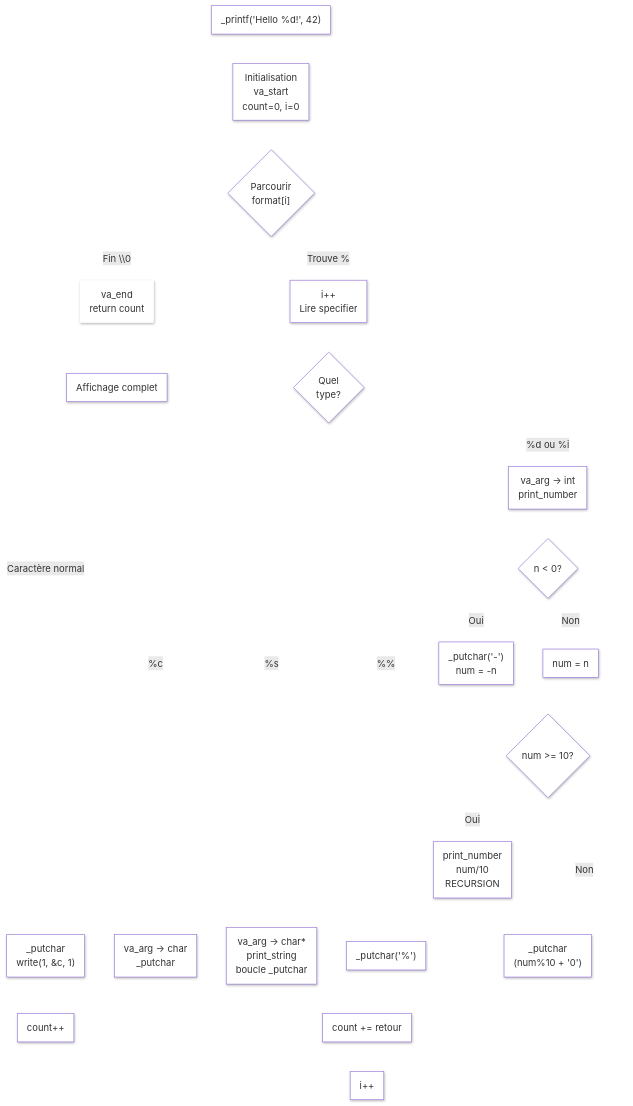
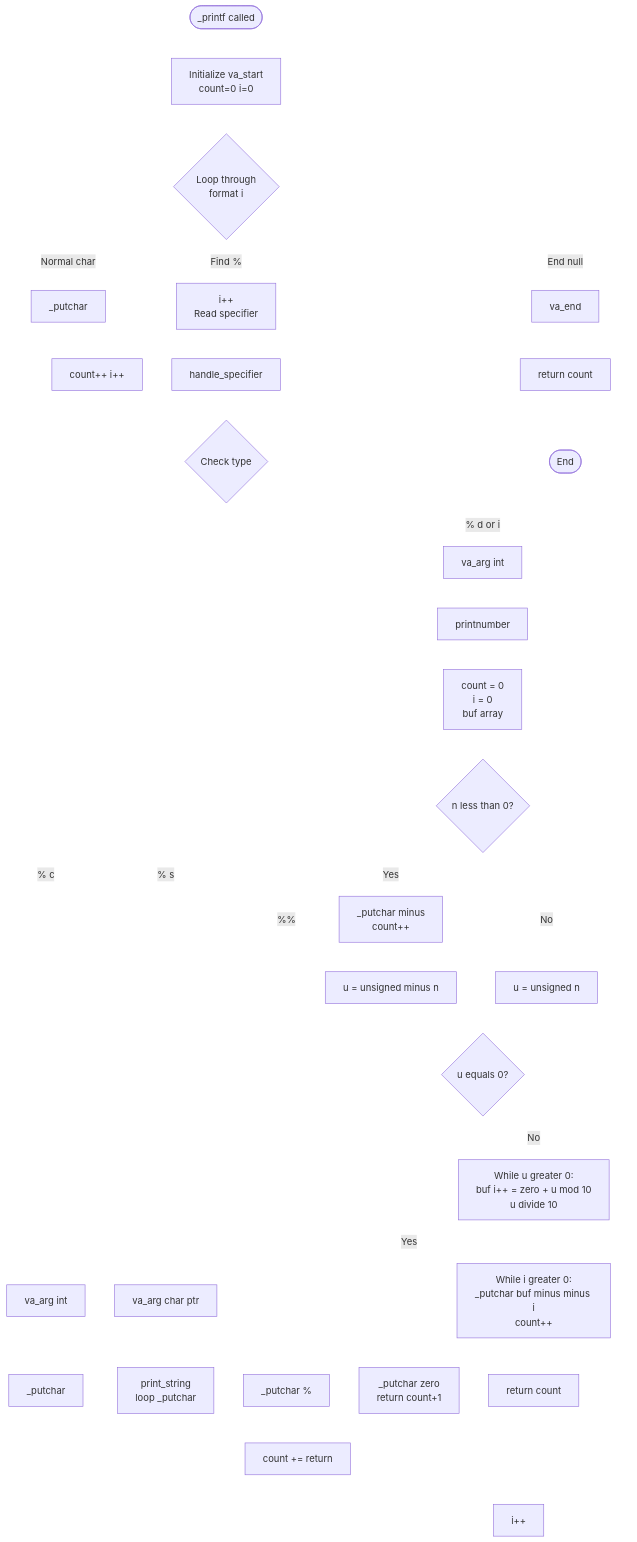
Before and after one commit to Alistair31/holbertonschool-printf: the first of 2 diagrams in README.md, drawn with Mermaid.

Commit message:
Update flowchart in README.md

````diff
--- a/README.md
+++ b/README.md
@@ -53,63 +53,42 @@
 ```mermaid
----
-config:
-  theme: default
-  look: neo
----
 flowchart TB
-    Start@{ label: "_printf('Hello %d!', 42)" } --> Init["Initialisation<br>va_start<br>count=0, i=0"]
-    Init --> Loop{"Parcourir<br>format[i]"}
-    Loop -- Caractère normal --> Normal["_putchar<br>write(1, &amp;c, 1)"]
-    Normal --> AddCount1["count++"]
-    AddCount1 --> NextChar["i++"]
-    Loop -- Trouve % --> Percent["i++<br>Lire specifier"]
-    Percent --> Switch{"Quel<br>type?"}
-    Switch -- %c --> Char["va_arg → char<br>_putchar"]
-    Switch -- %s --> String["va_arg → char*<br>print_string<br>boucle _putchar"]
-    Switch -- %% --> PercentSign@{ label: "_putchar('%')" }
-    Switch -- %d ou %i --> Number["va_arg → int<br>print_number"]
-    Number --> CheckNeg{"n &lt; 0?"}
-    CheckNeg -- Oui --> PrintMinus@{ label: "_putchar('-')<br>num = -n" }
-    CheckNeg -- Non --> SetNum["num = n"]
-    PrintMinus --> Recursive{"num >= 10?"}
-    SetNum --> Recursive
-    Recursive -- Oui --> Recurse["print_number<br>num/10<br>RECURSION"]
-    Recurse --> Digit@{ label: "_putchar<br>(num%10 + '0')" }
-    Recursive -- Non --> Digit
-    Char --> AddCount2["count += retour"]
-    String --> AddCount2
-    PercentSign --> AddCount2
-    Digit --> AddCount2
-    AddCount2 --> NextChar
-    NextChar --> Loop
-    Loop -- Fin \\0 --> End["va_end<br>return count"]
-    End --> Output["Affichage complet"]
+    Start(["_printf called"]) --> Init["Initialize va_start<br>count=0 i=0"]
+    Init --> Loop{"Loop through<br>format i"}
+    Loop -- Normal char --> Putchar1["_putchar"]
+    Putchar1 --> Inc1["count++ i++"]
+    Inc1 --> Loop
+    Loop -- Find % --> ReadSpec["i++<br>Read specifier"]
+    ReadSpec --> Handle["handle_specifier"]
+    Handle --> Switch{"Check type"}
+    Switch -- % c --> VaChar["va_arg int"]
+    VaChar --> PrintC["_putchar"]
+    PrintC --> AddCount["count += return"]
+    Switch -- % s --> VaStr["va_arg char ptr"]
+    VaStr --> PrintS["print_string<br>loop _putchar"]
+    PrintS --> AddCount
+    Switch -- %% --> PrintPercent["_putchar %"]
+    PrintPercent --> AddCount
+    Switch -- % d or i --> VaInt["va_arg int"]
+    VaInt --> PrintNum["printnumber"]
+    PrintNum --> InitNum["count = 0<br>i = 0<br>buf array"]
+    InitNum --> IsNeg{"n less than 0?"}
+    IsNeg -- Yes --> Minus["_putchar minus<br>count++"]
+    Minus --> ConvertNeg["u = unsigned minus n"]
+    IsNeg -- No --> ConvertPos["u = unsigned n"]
+    ConvertNeg --> CheckZero{"u equals 0?"}
+    ConvertPos --> CheckZero
+    CheckZero -- Yes --> PrintZero["_putchar zero<br>return count+1"]
+    PrintZero --> AddCount
+    CheckZero -- No --> FillBuffer["While u greater 0:<br>buf i++ = zero + u mod 10<br>u divide 10"]
+    FillBuffer --> PrintBuffer["While i greater 0:<br>_putchar buf minus minus i<br>count++"]
+    PrintBuffer --> RetNum["return count"]
+    RetNum --> AddCount
+    AddCount --> Inc2["i++"]
+    Inc2 --> Loop
+    Loop -- End null --> Cleanup["va_end"]
+    Cleanup --> Return["return count"]
+    Return --> End(["End"])
 
-    Start@{ shape: rect}
-    PercentSign@{ shape: rect}
-    PrintMinus@{ shape: rect}
-    Digit@{ shape: rect}
-    style Start fill:#FFFFFF
-    style Init fill:#FFFFFF
-    style Loop fill:#FFFFFF
-    style Normal fill:#FFFFFF
-    style AddCount1 fill:#FFFFFF
-    style NextChar fill:#FFFFFF
-    style Percent fill:#FFFFFF
-    style Switch fill:#FFFFFF
-    style Char fill:#FFFFFF
-    style String fill:#FFFFFF
-    style PercentSign fill:#FFFFFF
-    style Number fill:#FFFFFF
-    style CheckNeg fill:#FFFFFF
-    style PrintMinus fill:#FFFFFF
-    style SetNum fill:#FFFFFF
-    style Recursive fill:#FFFFFF
-    style Recurse fill:#FFFFFF
-    style Digit fill:#FFFFFF
-    style AddCount2 fill:#FFFFFF
-    style End fill:#FFFFFF,stroke:#FFFFFF
-    style Output fill:#FFFFFF
     linkStyle 0 stroke:#FFFFFF,fill:none
     linkStyle 1 stroke:#FFFFFF,fill:none
     linkStyle 2 stroke:#FFFFFF,fill:none
@@ -133,8 +112,17 @@
     linkStyle 20 stroke:#FFFFFF,fill:none
     linkStyle 21 stroke:#FFFFFF,fill:none
     linkStyle 22 stroke:#FFFFFF,fill:none
-    linkStyle 23 stroke:#FFFFFF
+    linkStyle 23 stroke:#FFFFFF,fill:none
     linkStyle 24 stroke:#FFFFFF,fill:none
     linkStyle 25 stroke:#FFFFFF,fill:none
     linkStyle 26 stroke:#FFFFFF,fill:none
+    linkStyle 27 stroke:#FFFFFF,fill:none
+    linkStyle 28 stroke:#FFFFFF,fill:none
+    linkStyle 29 stroke:#FFFFFF,fill:none
+    linkStyle 30 stroke:#FFFFFF,fill:none
+    linkStyle 31 stroke:#FFFFFF,fill:none
+    linkStyle 32 stroke:#FFFFFF,fill:none
+    linkStyle 33 stroke:#FFFFFF,fill:none
+    linkStyle 34 stroke:#FFFFFF,fill:none
+    linkStyle 35 stroke:#FFFFFF,fill:none
 ```
````
